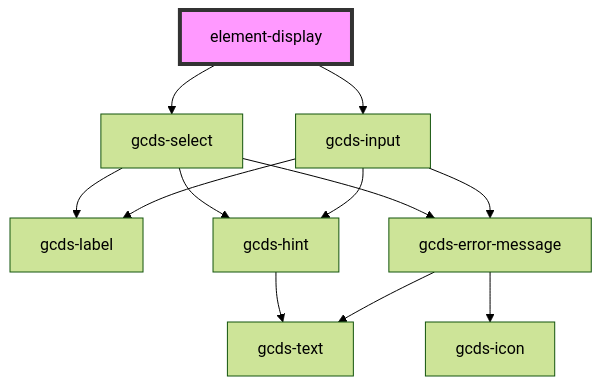
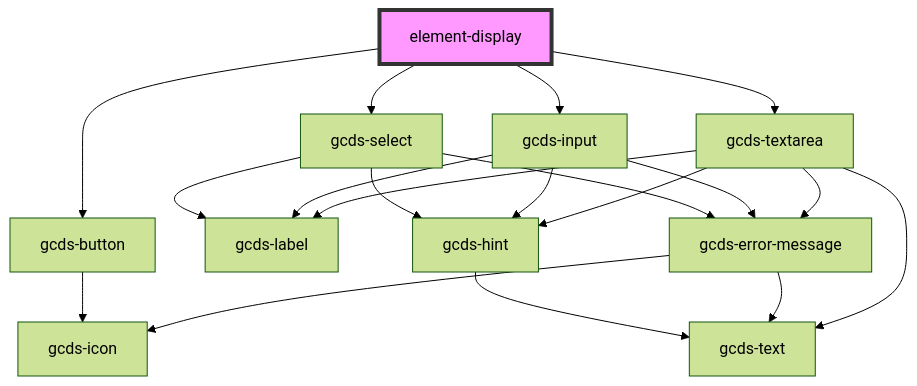
Before and after one commit to ethanWallace/gcds-components: the diagram in packages/web/src/components/element-display/readme.md, drawn with Mermaid (forest theme). The commit also changed other lines of this file and 4 other files, not shown here.

````diff
--- a/packages/web/src/components/element-display/readme.md
+++ b/packages/web/src/components/element-display/readme.md
@@ -23,15 +27,22 @@
 ```mermaid
 graph TD;
+  element-display --> gcds-button
   element-display --> gcds-select
   element-display --> gcds-input
+  element-display --> gcds-textarea
+  gcds-button --> gcds-icon
   gcds-select --> gcds-label
   gcds-select --> gcds-hint
   gcds-select --> gcds-error-message
   gcds-hint --> gcds-text
   gcds-error-message --> gcds-text
   gcds-error-message --> gcds-icon
   gcds-input --> gcds-label
   gcds-input --> gcds-hint
   gcds-input --> gcds-error-message
+  gcds-textarea --> gcds-label
+  gcds-textarea --> gcds-hint
+  gcds-textarea --> gcds-error-message
+  gcds-textarea --> gcds-text
   style element-display fill:#f9f,stroke:#333,stroke-width:4px
 ```
````
